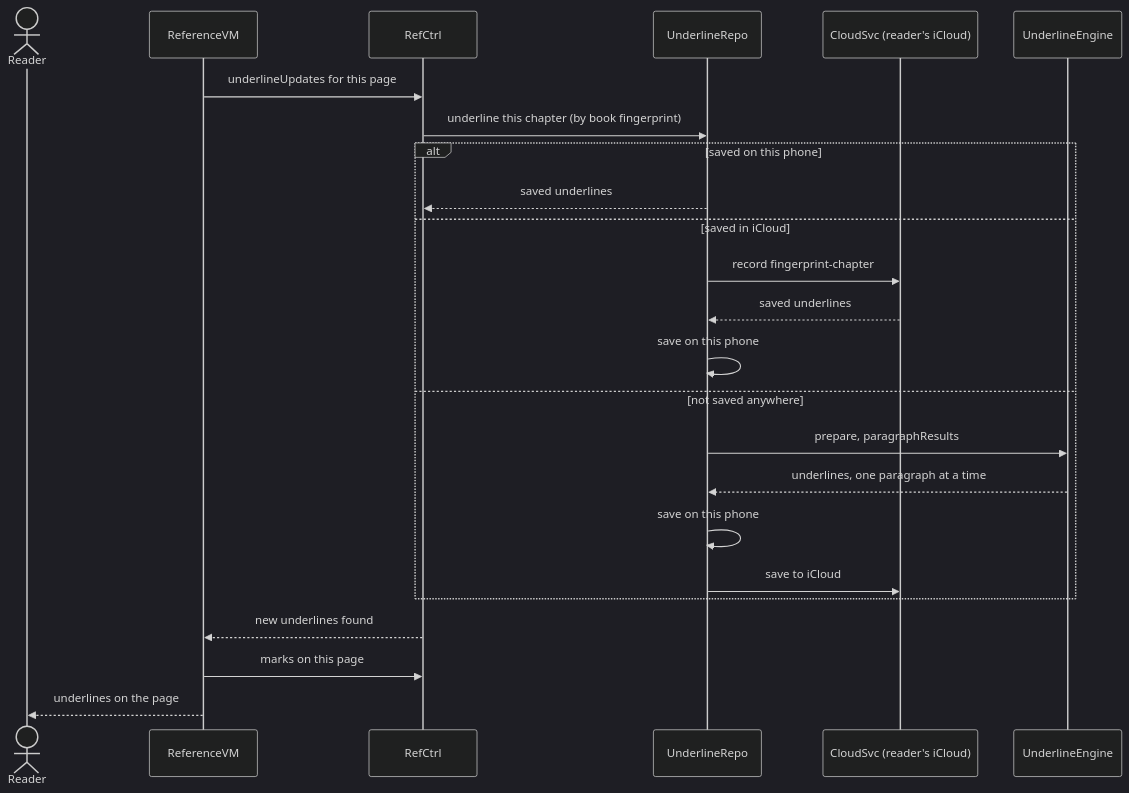
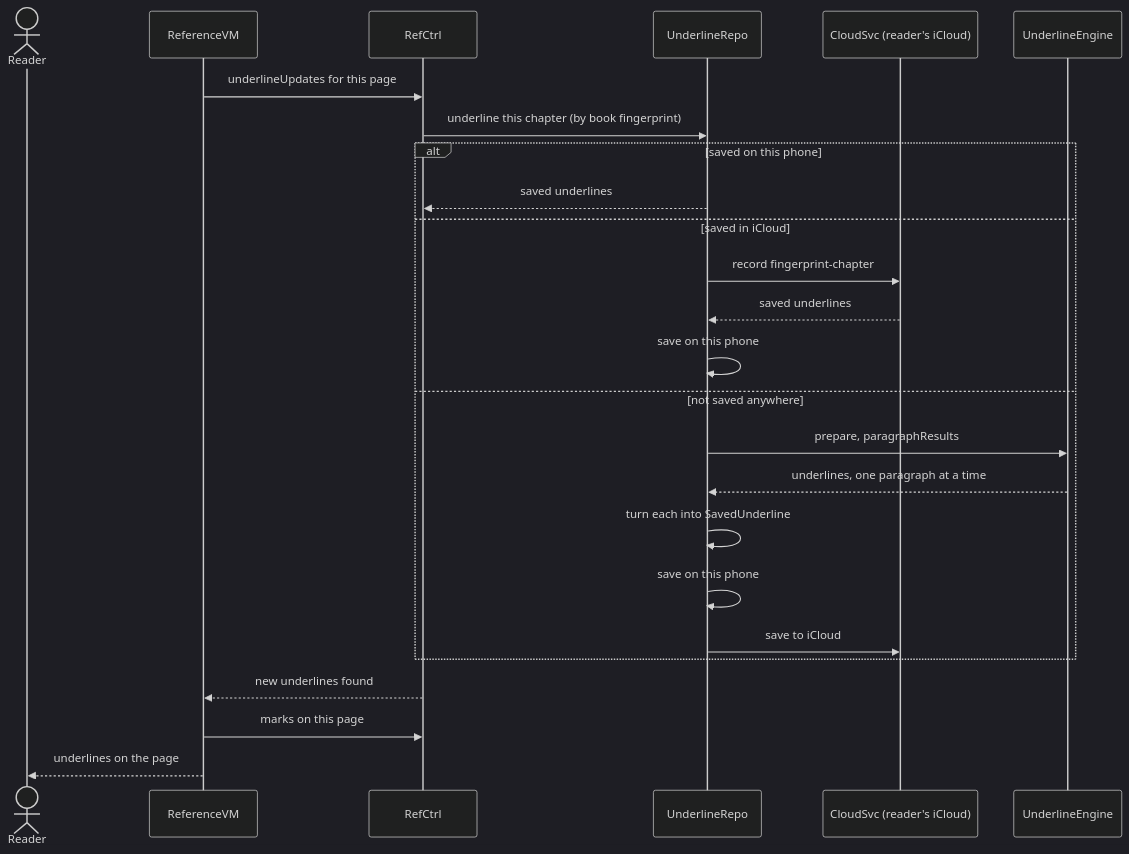
The diagram in docs/diagrams/10-sequence-underlines.mmd (AftrHours/iRead), drawn with Mermaid (dark theme) before and after one commit. The commit also changed 27 other files, not shown here.

Commit message:
refactor: [SN] split ratings into RatingCtrl/RatingVM and save SavedUnderline instead of engine types

```diff
--- a/docs/diagrams/10-sequence-underlines.mmd
+++ b/docs/diagrams/10-sequence-underlines.mmd
@@ -1,25 +1,26 @@
 sequenceDiagram
   actor Reader
   participant ReferenceVM
   participant RefCtrl
   participant UnderlineRepo
   participant CloudSvc as CloudSvc (reader's iCloud)
   participant Engine as UnderlineEngine
 
   ReferenceVM->>RefCtrl: underlineUpdates for this page
   RefCtrl->>UnderlineRepo: underline this chapter (by book fingerprint)
   alt saved on this phone
     UnderlineRepo-->>RefCtrl: saved underlines
   else saved in iCloud
     UnderlineRepo->>CloudSvc: record fingerprint-chapter
     CloudSvc-->>UnderlineRepo: saved underlines
     UnderlineRepo->>UnderlineRepo: save on this phone
   else not saved anywhere
     UnderlineRepo->>Engine: prepare, paragraphResults
     Engine-->>UnderlineRepo: underlines, one paragraph at a time
+    UnderlineRepo->>UnderlineRepo: turn each into SavedUnderline
     UnderlineRepo->>UnderlineRepo: save on this phone
     UnderlineRepo->>CloudSvc: save to iCloud
   end
   RefCtrl-->>ReferenceVM: new underlines found
   ReferenceVM->>RefCtrl: marks on this page
   ReferenceVM-->>Reader: underlines on the page
```
